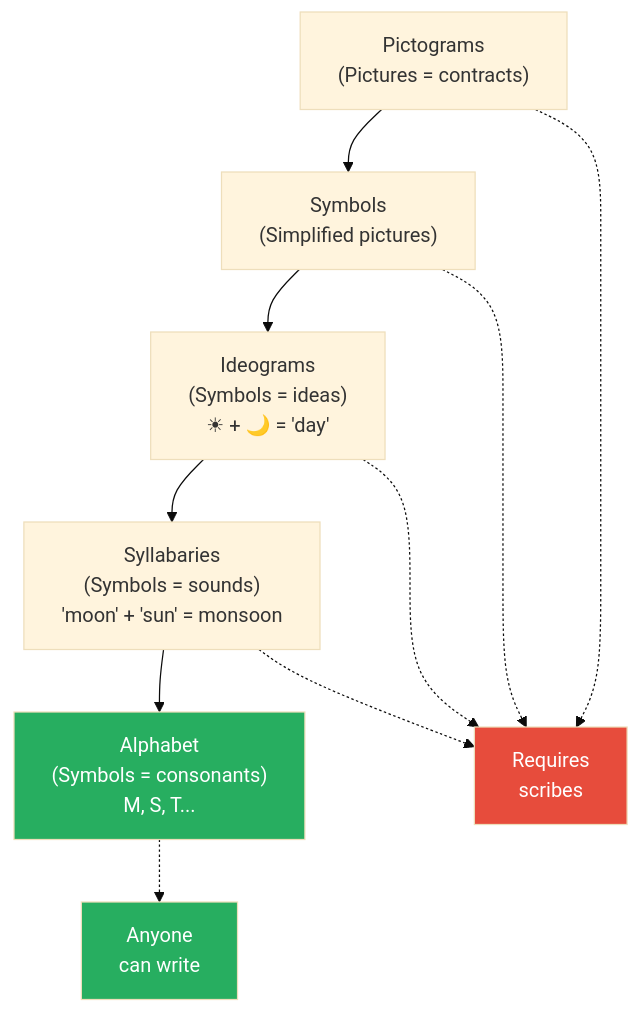
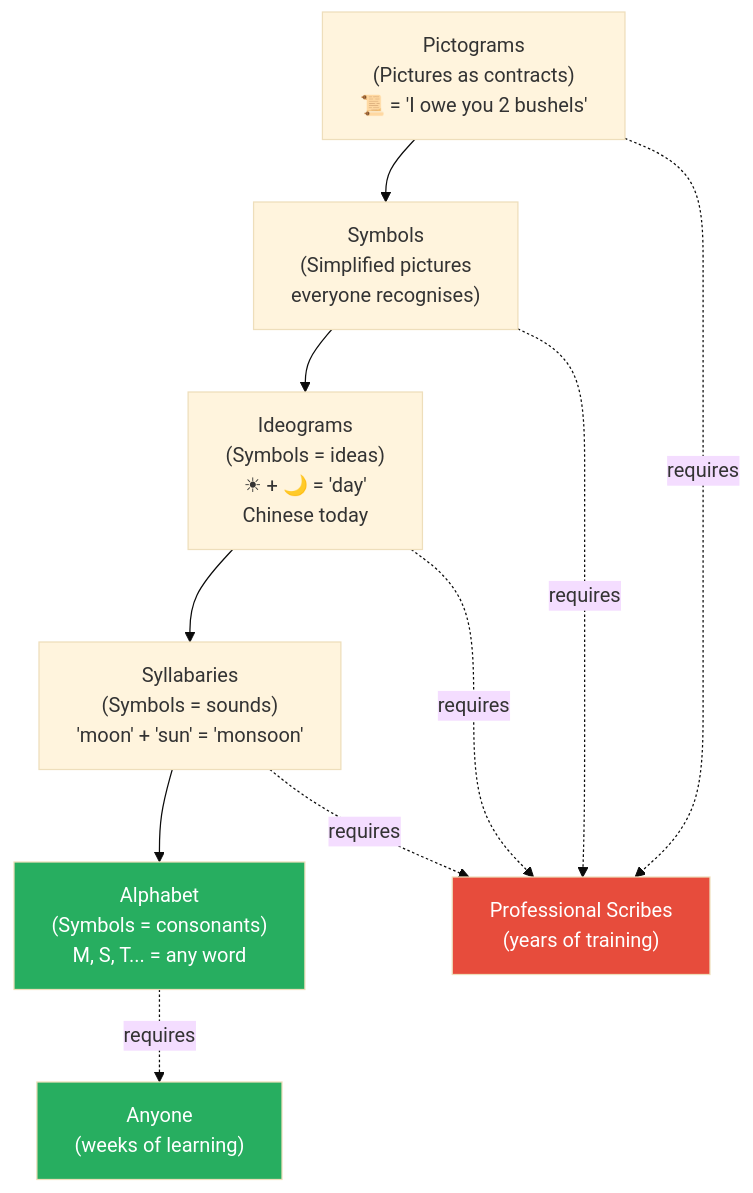
The third of 7 diagrams in summaries/Lectures/Civilization/07 - Homer's Iliad and the Birth of Greek Civilization.md (alius33/reader), drawn with Mermaid (base theme) before and after one commit. The commit also changed other lines of this file and 26 other files, not shown here.

````diff
--- a/summaries/Lectures/Civilization/07 - Homer's Iliad and the Birth of Greek Civilization.md
+++ b/summaries/Lectures/Civilization/07 - Homer's Iliad and the Birth of Greek Civilization.md
@@ -189,15 +147,15 @@
 ```mermaid
 flowchart TB
-    P["Pictograms<br/>(Pictures = contracts)"] --> S["Symbols<br/>(Simplified pictures)"]
-    S --> I["Ideograms<br/>(Symbols = ideas)<br/>☀ + 🌙 = 'day'"]
-    I --> SY["Syllabaries<br/>(Symbols = sounds)<br/>'moon' + 'sun' = monsoon"]
-    SY --> A["Alphabet<br/>(Symbols = consonants)<br/>M, S, T..."]
-    P -.-> SC1["Requires<br/>scribes"]
-    S -.-> SC1
-    I -.-> SC1
-    SY -.-> SC1
-    A -.-> SC2["Anyone<br/>can write"]
+    P["Pictograms<br/>(Pictures as contracts)<br/>📜 = 'I owe you 2 bushels'"] --> S["Symbols<br/>(Simplified pictures<br/>everyone recognises)"]
+    S --> I["Ideograms<br/>(Symbols = ideas)<br/>☀ + 🌙 = 'day'<br/>Chinese today"]
+    I --> SY["Syllabaries<br/>(Symbols = sounds)<br/>'moon' + 'sun' = 'monsoon'"]
+    SY --> A["Alphabet<br/>(Symbols = consonants)<br/>M, S, T... = any word"]
+    P -.->|"requires"| SC1["Professional Scribes<br/>(years of training)"]
+    S -.->|"requires"| SC1
+    I -.->|"requires"| SC1
+    SY -.->|"requires"| SC1
+    A -.->|"requires"| SC2["Anyone<br/>(weeks of learning)"]
     style A fill:#27ae60,color:#fff
     style SC2 fill:#27ae60,color:#fff
     style SC1 fill:#e74c3c,color:#fff
 ```
````
